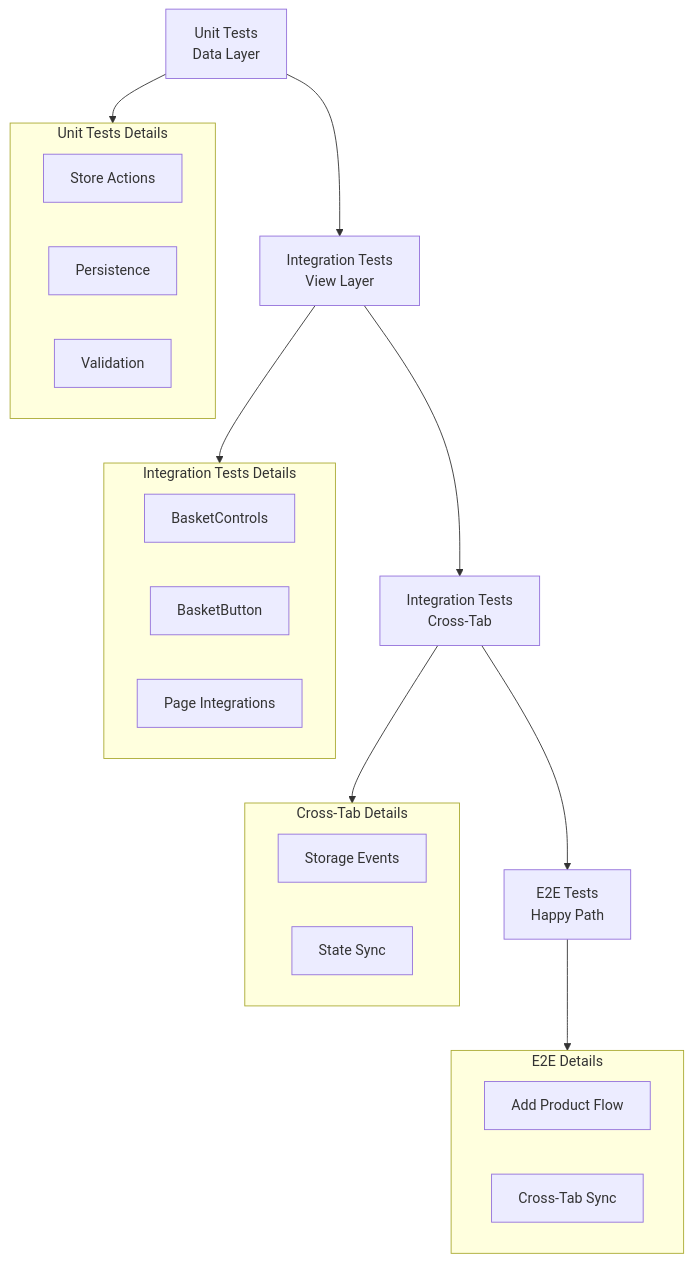
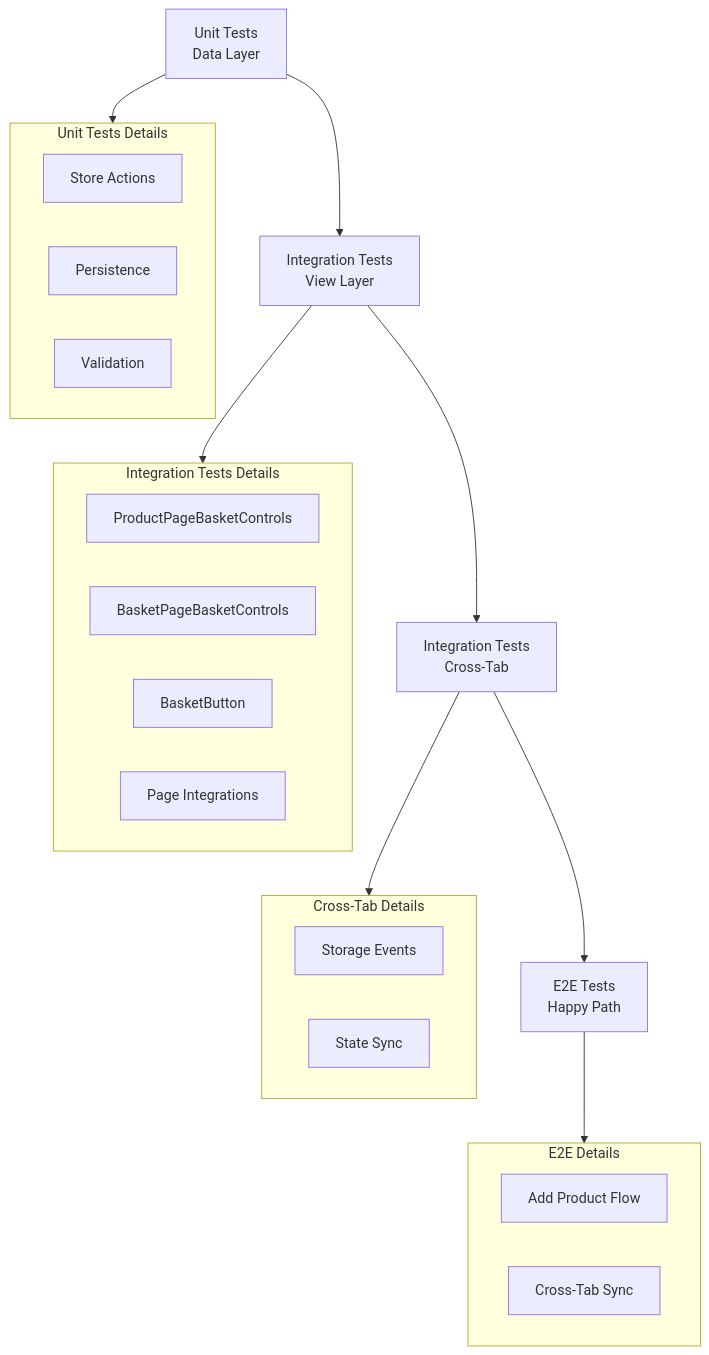
Before and after one commit to munrhalls/sanglogium: the diagram in docs/basket/non-local-basket/6. Tests Plan.md, drawn with Mermaid. The commit also changed other lines of this file and 2 other files, not shown here.

Commit message:
Difficulty: 2 - D, Documentation (docs/basket/non-local-basket): Update planning documents for non-local basket feature — → closes 0 DoD items, planning/infrastructure

````diff
--- a/docs/basket/non-local-basket/6. Tests Plan.md
+++ b/docs/basket/non-local-basket/6. Tests Plan.md
@@ -3,33 +3,34 @@
 ```mermaid
 flowchart TD
     A[Unit Tests<br/>Data Layer] --> B[Integration Tests<br/>View Layer]
     B --> C[Integration Tests<br/>Cross-Tab]
     C --> D[E2E Tests<br/>Happy Path]
 
     subgraph A1[Unit Tests Details]
         A1_1[Store Actions]
         A1_2[Persistence]
         A1_3[Validation]
     end
 
     subgraph B1[Integration Tests Details]
-        B1_1[BasketControls]
-        B1_2[BasketButton]
-        B1_3[Page Integrations]
+        B1_1[ProductPageBasketControls]
+        B1_2[BasketPageBasketControls]
+        B1_3[BasketButton]
+        B1_4[Page Integrations]
     end
 
     subgraph C1[Cross-Tab Details]
         C1_1[Storage Events]
         C1_2[State Sync]
     end
 
     subgraph D1[E2E Details]
         D1_1[Add Product Flow]
         D1_2[Cross-Tab Sync]
     end
 
     A --> A1
     B --> B1
     C --> C1
     D --> D1
 ```
````
